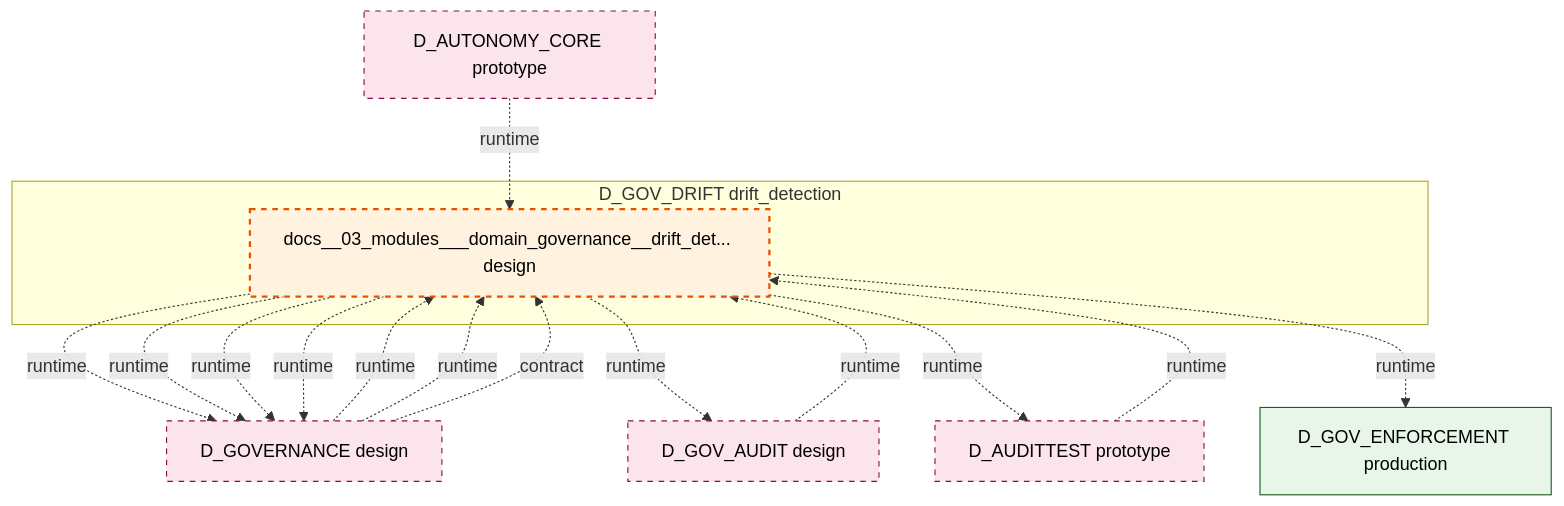
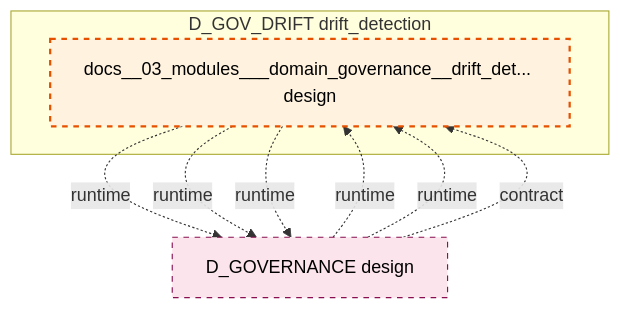
The diagram in docs/02_enterprise_architecture/02_domain_architecture_docs/34_d_gov_drift.md (xuanFelixVan/ZephyrAlpha), drawn with Mermaid before and after one commit. The commit also changed other lines of this file and 100 other files, not shown here.

````diff
--- a/docs/02_enterprise_architecture/02_domain_architecture_docs/34_d_gov_drift.md
+++ b/docs/02_enterprise_architecture/02_domain_architecture_docs/34_d_gov_drift.md
@@ -47,31 +47,19 @@
 ```mermaid
 graph TD
     subgraph D_GOV_DRIFT["D_GOV_DRIFT drift_detection"]
         docs_03_modules_domain_governance_drift_detector_blueprint_md["docs__03_modules___domain_governance__drift_det... design"]
     end
     D_GOVERNANCE["D_GOVERNANCE design"]
     docs_03_modules_domain_governance_drift_detector_blueprint_md -.->|runtime| D_GOVERNANCE
     docs_03_modules_domain_governance_drift_detector_blueprint_md -.->|runtime| D_GOVERNANCE
-    D_GOV_AUDIT["D_GOV_AUDIT design"]
-    docs_03_modules_domain_governance_drift_detector_blueprint_md -.->|runtime| D_GOV_AUDIT
-    D_AUDITTEST["D_AUDITTEST prototype"]
-    docs_03_modules_domain_governance_drift_detector_blueprint_md -.->|runtime| D_AUDITTEST
-    D_GOV_ENFORCEMENT["D_GOV_ENFORCEMENT production"]
-    docs_03_modules_domain_governance_drift_detector_blueprint_md -.->|runtime| D_GOV_ENFORCEMENT
     docs_03_modules_domain_governance_drift_detector_blueprint_md -.->|runtime| D_GOVERNANCE
-    docs_03_modules_domain_governance_drift_detector_blueprint_md -.->|runtime| D_GOVERNANCE
-    D_GOV_AUDIT -.->|runtime| docs_03_modules_domain_governance_drift_detector_blueprint_md
     D_GOVERNANCE -.->|runtime| docs_03_modules_domain_governance_drift_detector_blueprint_md
     D_GOVERNANCE -.->|runtime| docs_03_modules_domain_governance_drift_detector_blueprint_md
     D_GOVERNANCE -.->|contract| docs_03_modules_domain_governance_drift_detector_blueprint_md
-    D_AUTONOMY_CORE["D_AUTONOMY_CORE prototype"]
-    D_AUTONOMY_CORE -.->|runtime| docs_03_modules_domain_governance_drift_detector_blueprint_md
-    D_AUDITTEST -.->|runtime| docs_03_modules_domain_governance_drift_detector_blueprint_md
     classDef production fill:#e1f5fe,stroke:#01579b,stroke-width:2px,color:#000
     classDef design fill:#fff3e0,stroke:#e65100,stroke-width:2px,color:#000,stroke-dasharray: 5 5
     classDef external_prod fill:#e8f5e9,stroke:#1b5e20,stroke-width:1px,color:#000
     classDef external_design fill:#fce4ec,stroke:#880e4f,stroke-width:1px,color:#000,stroke-dasharray: 5 5
     class docs_03_modules_domain_governance_drift_detector_blueprint_md design
-    class D_GOV_ENFORCEMENT external_prod
-    class D_GOVERNANCE,D_GOV_AUDIT,D_AUDITTEST,D_AUTONOMY_CORE external_design
+    class D_GOVERNANCE external_design
 ```
````
